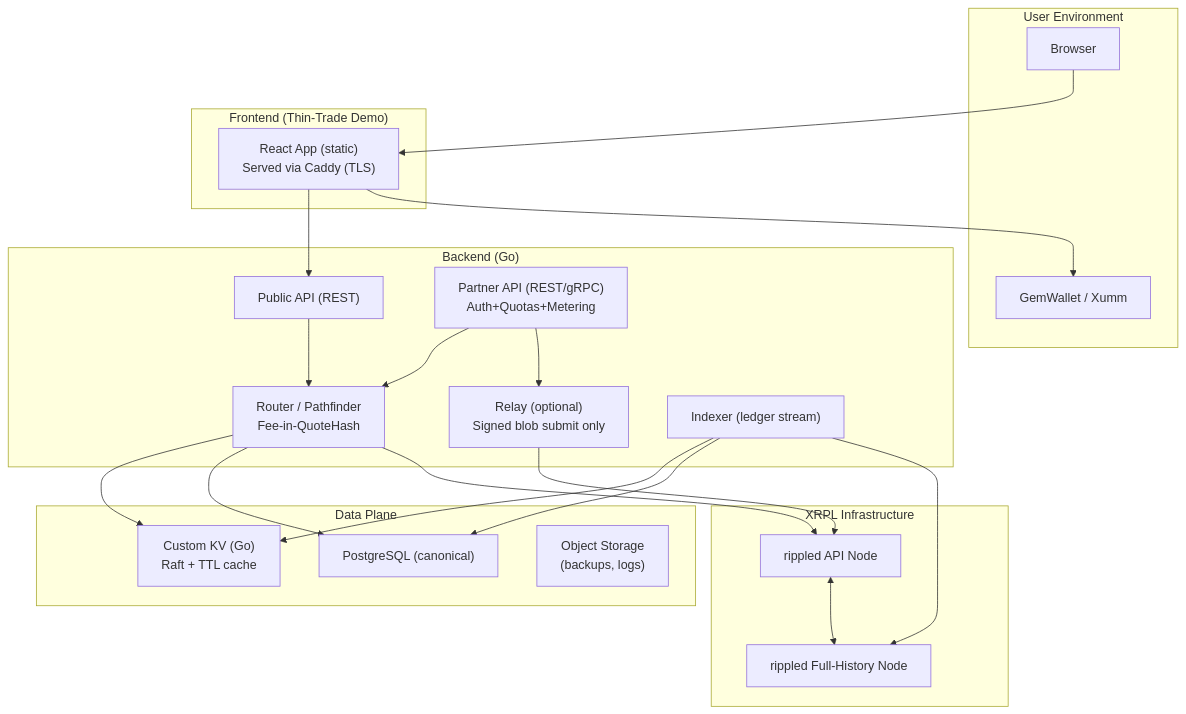
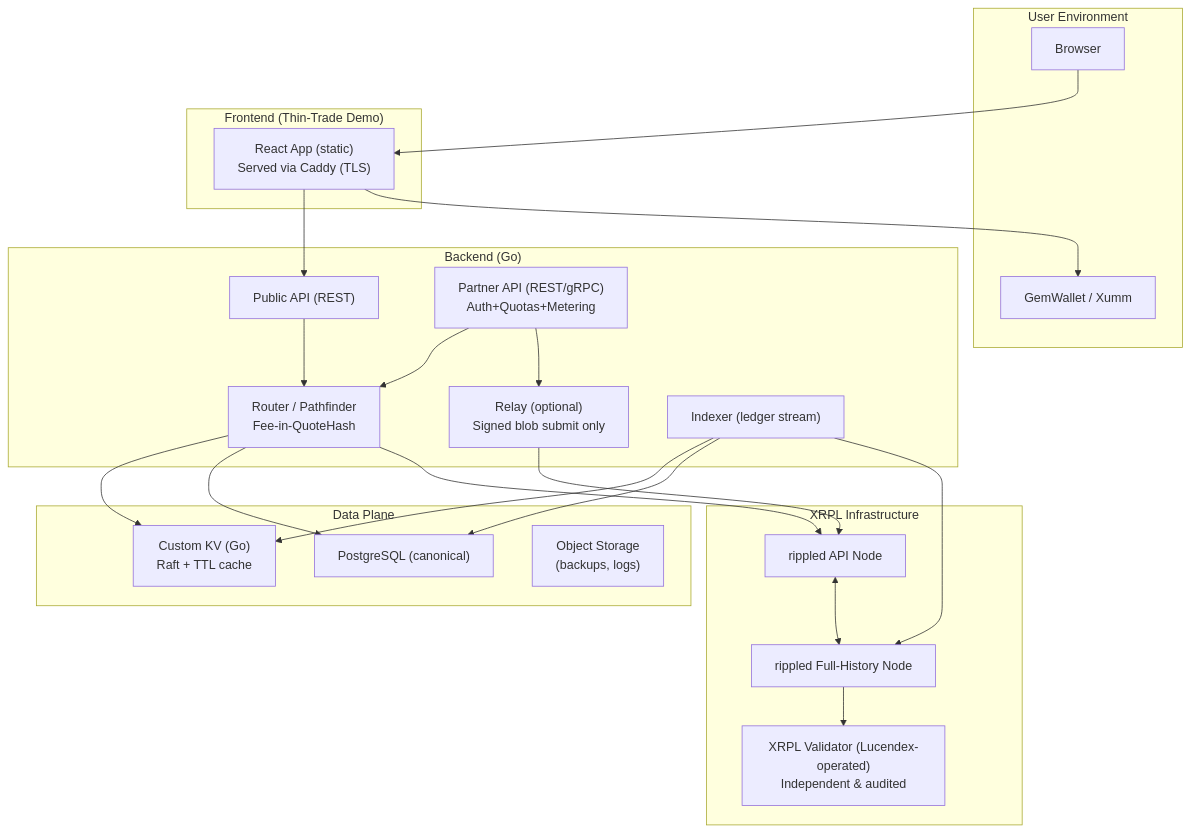
The diagram in architecture.md (novatechflow/lucendex-validator-verification), drawn with Mermaid before and after one commit. The commit also changed other lines of this file, not shown here.

First line of the commit message:
Revise architecture documentation and add validator details

````diff
--- a/architecture.md
+++ b/architecture.md
@@ -39,48 +39,50 @@
 ```mermaid
 flowchart TD
     subgraph CLIENT["User Environment"]
         U[Browser]
         W[GemWallet / Xumm]
     end
 
     subgraph FE["Frontend (Thin-Trade Demo)"]
         FE1["React App (static)<br/>Served via Caddy (TLS)"]
     end
 
     subgraph BE["Backend (Go)"]
         APIPUB["Public API (REST)"]
         APIPARTNER["Partner API (REST/gRPC)<br/>Auth+Quotas+Metering"]
         ROUTER["Router / Pathfinder<br/>Fee-in-QuoteHash"]
         RELAY["Relay (optional)<br/>Signed blob submit only"]
         IDX["Indexer (ledger stream)"]
     end
 
     subgraph DATA["Data Plane"]
         KV["Custom KV (Go)<br/>Raft + TTL cache"]
         DB["PostgreSQL (canonical)"]
         OBJ["Object Storage<br/>(backups, logs)"]
     end
 
     subgraph XRPL["XRPL Infrastructure"]
         R1["rippled API Node"]
         R2["rippled Full-History Node"]
+        V1["XRPL Validator (Lucendex-operated)<br/>Independent & audited"]
     end
 
     U --> FE1
     FE1 --> APIPUB
     FE1 --> W
 
     APIPUB --> ROUTER
     APIPARTNER --> ROUTER
     APIPARTNER --> RELAY
 
     ROUTER --> KV
     ROUTER --> DB
     IDX --> KV
     IDX --> DB
 
     RELAY --> R1
     ROUTER --> R1
     IDX --> R2
     R1 <--> R2
+    R2 --> V1
 ```
````
